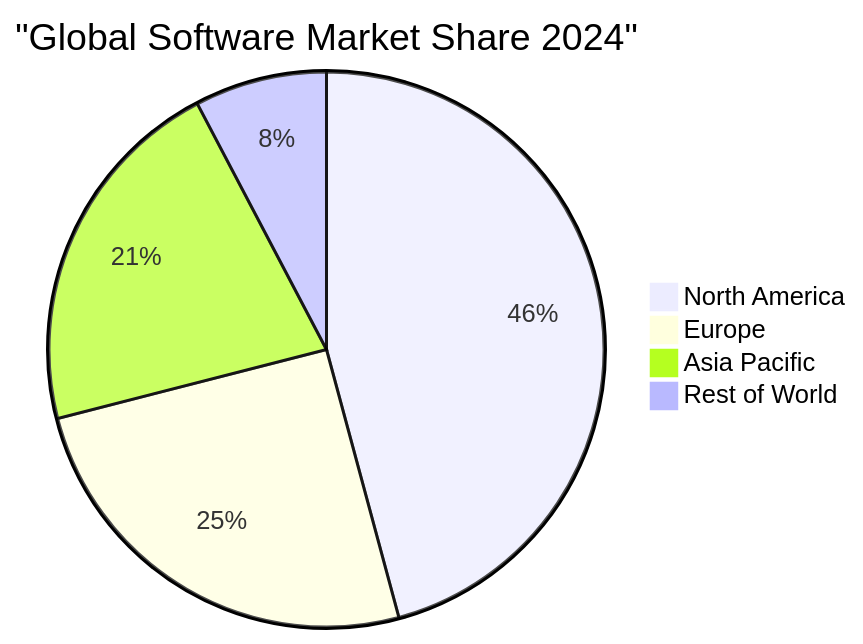
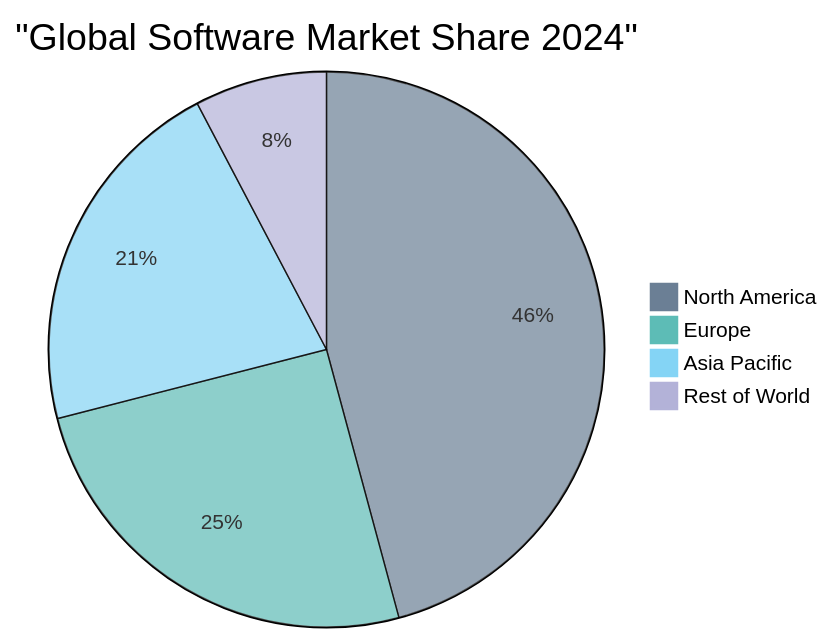
The diagram in business-documents/market-analysis/02-market-overview.md (o2alexanderfedin/AI-Hive-Business-Docs), drawn with Mermaid before and after one commit. The commit also changed other lines of this file and 13 other files, not shown here.

First line of the commit message:
Enhance market analysis diagram styling with professional design

````diff
--- a/business-documents/market-analysis/02-market-overview.md
+++ b/business-documents/market-analysis/02-market-overview.md
@@ -19,7 +22,8 @@
 ```mermaid
+%%{init: {'theme': 'base', 'themeVariables': {'pie1': '#6B7F95', 'pie2': '#5DBCB6', 'pie3': '#84D4F5', 'pie4': '#B3B2D8', 'pie5': '#E5C4CA', 'pie6': '#FFD54F', 'pie7': '#FFB74D', 'pie8': '#E1B3C4', 'pieTextColor': '#000000', 'pieTitleTextColor': '#000000', 'pieSectionTextSize': '14px', 'pieLegendTextColor': '#000000', 'pieLegendTextSize': '14px', 'pieStrokeColor': '#000000', 'pieStrokeWidth': '1px', 'pieOuterStrokeWidth': '1px', 'pieOuterStrokeColor': '#000000'}}}%%
 pie title "Global Software Market Share 2024"
     "North America" : 45.8
     "Europe" : 25.2
     "Asia Pacific" : 21.3
     "Rest of World" : 7.7
 ```
````
